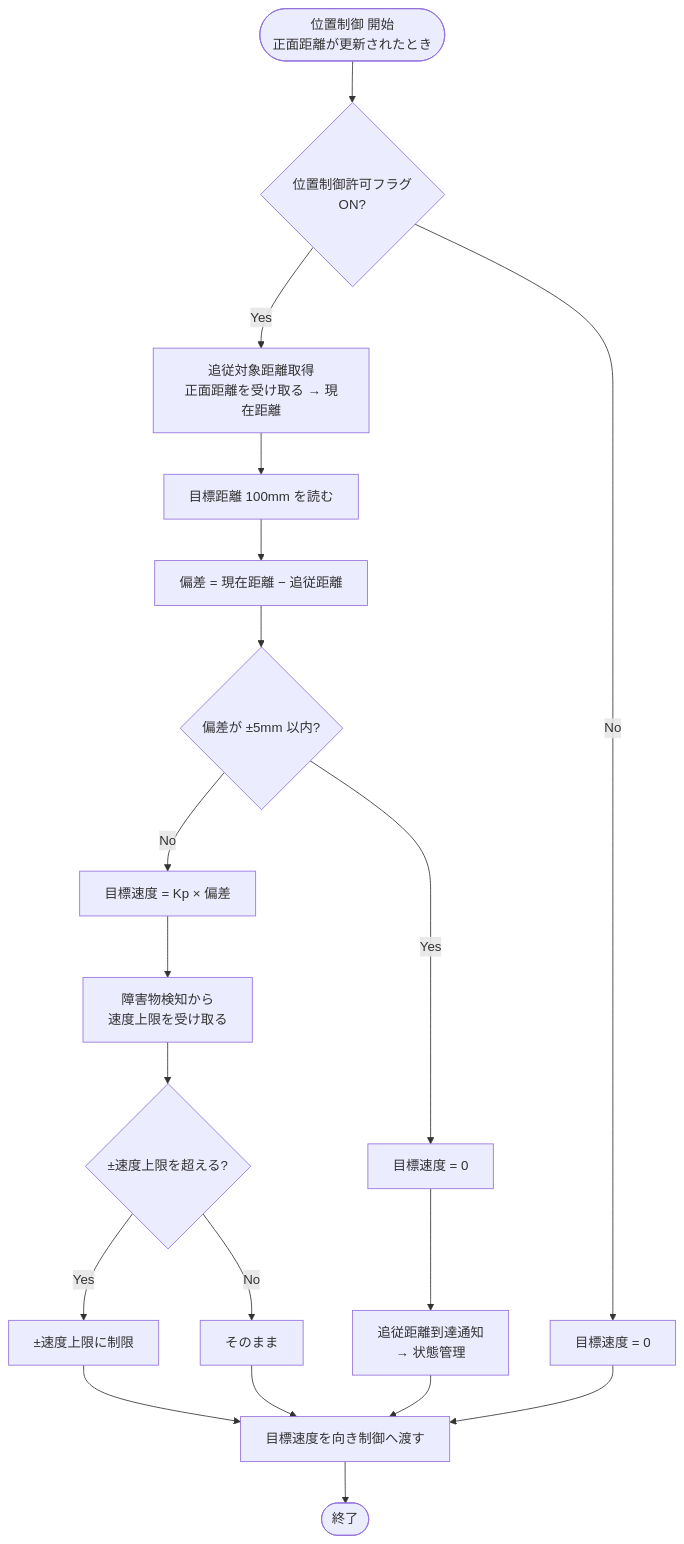
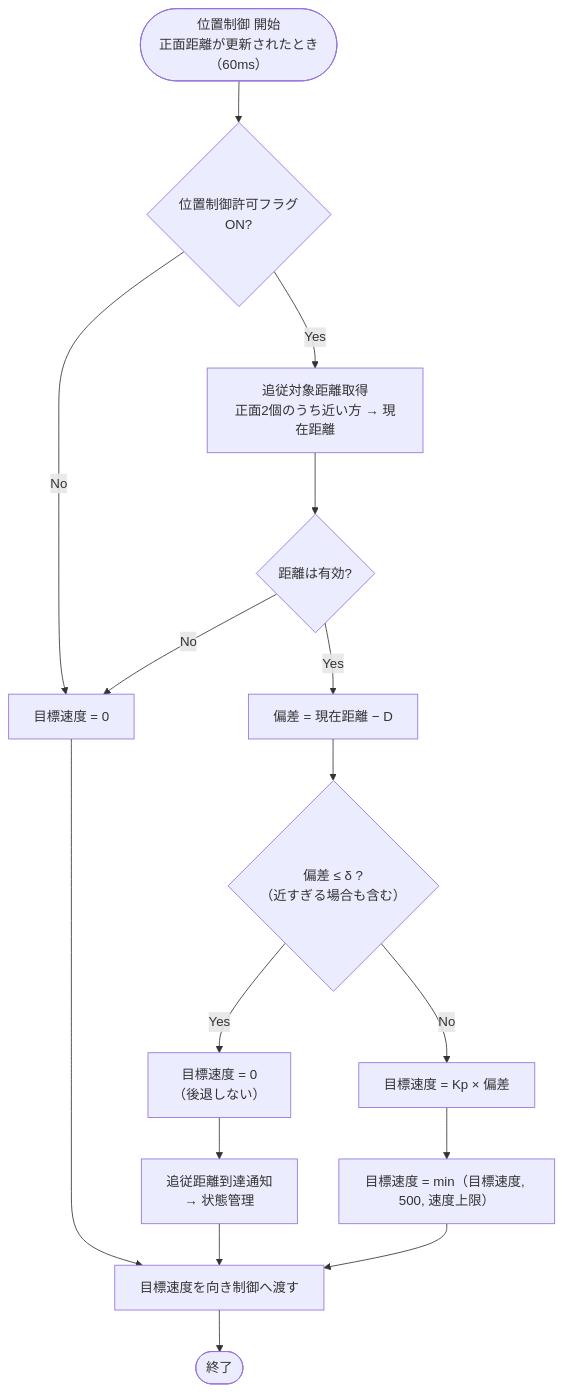
The diagram in docs/module/02_position_control.md (ry0000taro/Ultrasonic-Tracking-Vehicle), drawn with Mermaid before and after one commit. The commit also changed other lines of this file and 4 other files, not shown here.

````diff
--- a/docs/module/02_position_control.md
+++ b/docs/module/02_position_control.md
@@ -28,21 +80,18 @@
 ```mermaid
 flowchart TD
-    A(["位置制御 開始<br>正面距離が更新されたとき"]) --> B{"位置制御許可フラグ<br>ON?"}
+    A(["位置制御 開始<br>正面距離が更新されたとき（60ms）"]) --> B{"位置制御許可フラグ<br>ON?"}
     B -- "No" --> Z1["目標速度 = 0"]
-    B -- "Yes" --> C["追従対象距離取得<br>正面距離を受け取る → 現在距離"]
-    C --> E["目標距離 100mm を読む"]
-    E --> F["偏差 = 現在距離 − 追従距離"]
-    F --> G{"偏差が ±5mm 以内?"}
-    G -- "Yes" --> H["目標速度 = 0"]
+    B -- "Yes" --> C["追従対象距離取得<br>正面2個のうち近い方 → 現在距離"]
+    C --> V{"距離は有効?"}
+    V -- "No" --> Z1
+    V -- "Yes" --> F["偏差 = 現在距離 − D"]
+    F --> G{"偏差 ≤ δ ?<br>（近すぎる場合も含む）"}
+    G -- "Yes" --> H["目標速度 = 0<br>（後退しない）"]
     H --> I["追従距離到達通知<br>→ 状態管理"]
     G -- "No" --> J["目標速度 = Kp × 偏差"]
-    J --> P["障害物検知から<br>速度上限を受け取る"]
-    P --> K{"±速度上限を超える?"}
-    K -- "Yes" --> L["±速度上限に制限"]
-    K -- "No" --> M["そのまま"]
-    L --> N["目標速度を向き制御へ渡す"]
-    M --> N
+    J --> K["目標速度 = min（目標速度, 500, 速度上限）"]
+    K --> N["目標速度を向き制御へ渡す"]
     I --> N
     Z1 --> N
     N --> O(["終了"])
 ```
````
